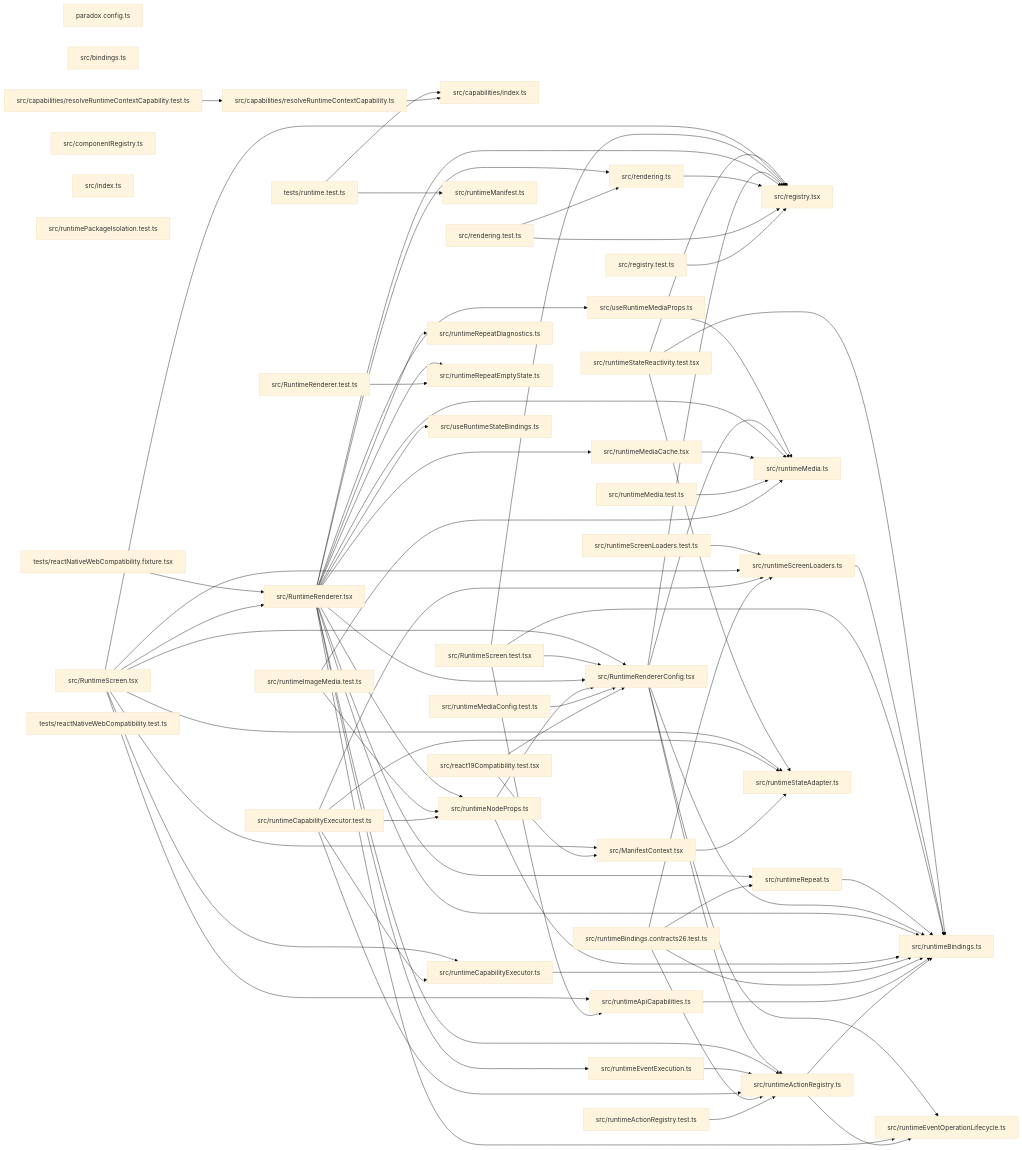
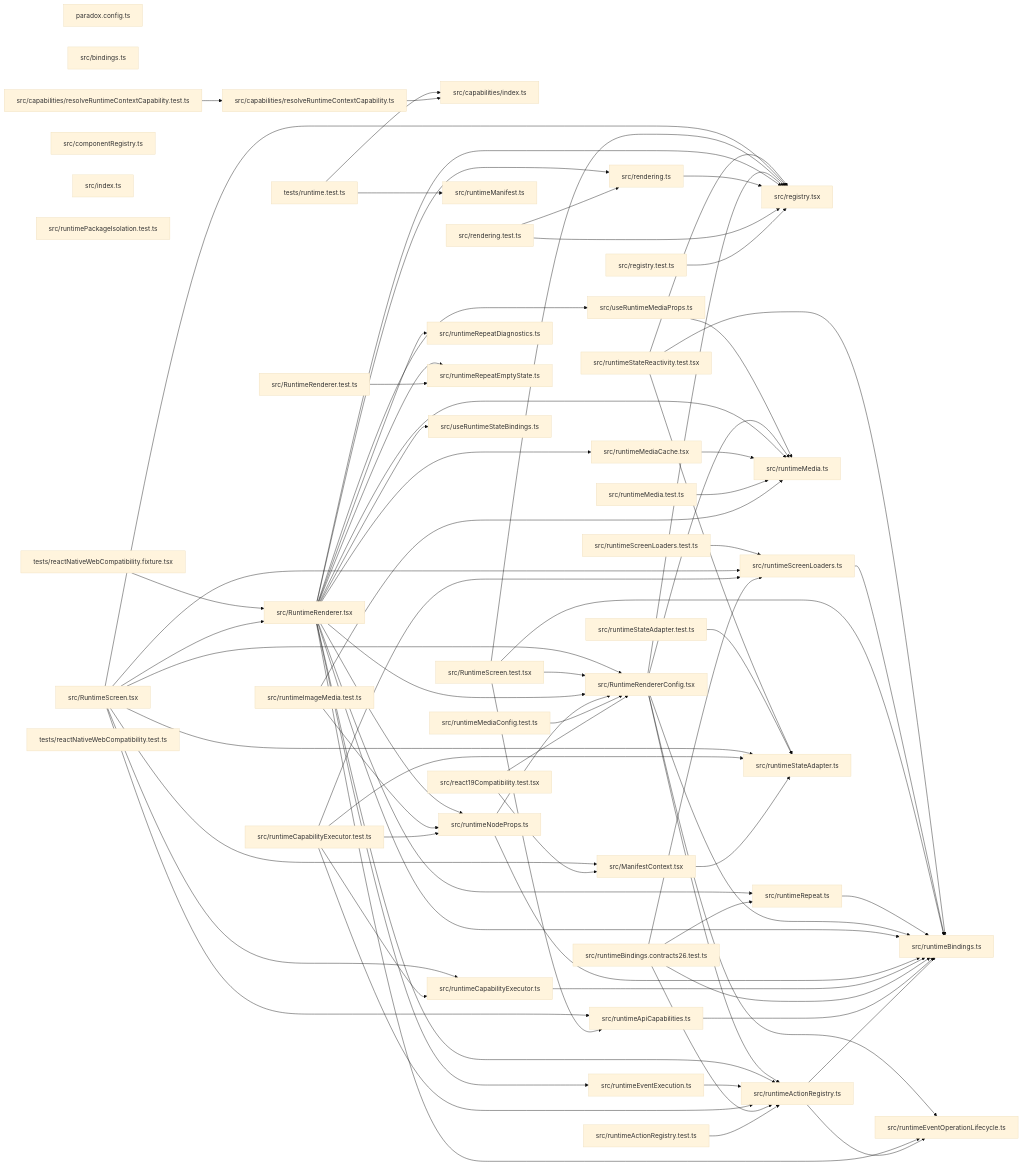
The diagram in paradox/diagrams/module-relationships.mmd (ankhorage/runtime), drawn with Mermaid (base theme) before and after one commit. The commit also changed 11 other files, not shown here.

```diff
--- a/paradox/diagrams/module-relationships.mmd
+++ b/paradox/diagrams/module-relationships.mmd
@@ -1,122 +1,124 @@
 graph LR
   module_paradox_config_ts["paradox.config.ts"]
   module_src_bindings_ts["src/bindings.ts"]
   module_src_capabilities_index_ts["src/capabilities/index.ts"]
   module_src_capabilities_resolveRuntimeContextCapability_test_ts["src/capabilities/resolveRuntimeContextCapability.test.ts"]
   module_src_capabilities_resolveRuntimeContextCapability_ts["src/capabilities/resolveRuntimeContextCapability.ts"]
   module_src_componentRegistry_ts["src/componentRegistry.ts"]
   module_src_index_ts["src/index.ts"]
   module_src_ManifestContext_tsx["src/ManifestContext.tsx"]
   module_src_react19Compatibility_test_tsx["src/react19Compatibility.test.tsx"]
   module_src_registry_test_ts["src/registry.test.ts"]
   module_src_registry_tsx["src/registry.tsx"]
   module_src_rendering_test_ts["src/rendering.test.ts"]
   module_src_rendering_ts["src/rendering.ts"]
   module_src_runtimeActionRegistry_test_ts["src/runtimeActionRegistry.test.ts"]
   module_src_runtimeActionRegistry_ts["src/runtimeActionRegistry.ts"]
   module_src_runtimeApiCapabilities_ts["src/runtimeApiCapabilities.ts"]
   module_src_runtimeBindings_contracts26_test_ts["src/runtimeBindings.contracts26.test.ts"]
   module_src_runtimeBindings_ts["src/runtimeBindings.ts"]
   module_src_runtimeCapabilityExecutor_test_ts["src/runtimeCapabilityExecutor.test.ts"]
   module_src_runtimeCapabilityExecutor_ts["src/runtimeCapabilityExecutor.ts"]
   module_src_runtimeEventExecution_ts["src/runtimeEventExecution.ts"]
   module_src_runtimeEventOperationLifecycle_ts["src/runtimeEventOperationLifecycle.ts"]
   module_src_runtimeImageMedia_test_ts["src/runtimeImageMedia.test.ts"]
   module_src_runtimeManifest_ts["src/runtimeManifest.ts"]
   module_src_runtimeMedia_test_ts["src/runtimeMedia.test.ts"]
   module_src_runtimeMedia_ts["src/runtimeMedia.ts"]
   module_src_runtimeMediaCache_tsx["src/runtimeMediaCache.tsx"]
   module_src_runtimeMediaConfig_test_ts["src/runtimeMediaConfig.test.ts"]
   module_src_runtimeNodeProps_ts["src/runtimeNodeProps.ts"]
   module_src_runtimePackageIsolation_test_ts["src/runtimePackageIsolation.test.ts"]
   module_src_RuntimeRenderer_test_ts["src/RuntimeRenderer.test.ts"]
   module_src_RuntimeRenderer_tsx["src/RuntimeRenderer.tsx"]
   module_src_RuntimeRendererConfig_tsx["src/RuntimeRendererConfig.tsx"]
   module_src_runtimeRepeat_ts["src/runtimeRepeat.ts"]
   module_src_runtimeRepeatDiagnostics_ts["src/runtimeRepeatDiagnostics.ts"]
   module_src_runtimeRepeatEmptyState_ts["src/runtimeRepeatEmptyState.ts"]
   module_src_RuntimeScreen_test_tsx["src/RuntimeScreen.test.tsx"]
   module_src_RuntimeScreen_tsx["src/RuntimeScreen.tsx"]
   module_src_runtimeScreenLoaders_test_ts["src/runtimeScreenLoaders.test.ts"]
   module_src_runtimeScreenLoaders_ts["src/runtimeScreenLoaders.ts"]
+  module_src_runtimeStateAdapter_test_ts["src/runtimeStateAdapter.test.ts"]
   module_src_runtimeStateAdapter_ts["src/runtimeStateAdapter.ts"]
   module_src_runtimeStateReactivity_test_tsx["src/runtimeStateReactivity.test.tsx"]
   module_src_useRuntimeMediaProps_ts["src/useRuntimeMediaProps.ts"]
   module_src_useRuntimeStateBindings_ts["src/useRuntimeStateBindings.ts"]
   module_tests_reactNativeWebCompatibility_fixture_tsx["tests/reactNativeWebCompatibility.fixture.tsx"]
   module_tests_reactNativeWebCompatibility_test_ts["tests/reactNativeWebCompatibility.test.ts"]
   module_tests_runtime_test_ts["tests/runtime.test.ts"]
   module_src_capabilities_resolveRuntimeContextCapability_test_ts --> module_src_capabilities_resolveRuntimeContextCapability_ts
   module_src_capabilities_resolveRuntimeContextCapability_ts --> module_src_capabilities_index_ts
   module_src_ManifestContext_tsx --> module_src_runtimeStateAdapter_ts
   module_src_react19Compatibility_test_tsx --> module_src_ManifestContext_tsx
   module_src_react19Compatibility_test_tsx --> module_src_RuntimeRendererConfig_tsx
   module_src_registry_test_ts --> module_src_registry_tsx
   module_src_rendering_test_ts --> module_src_registry_tsx
   module_src_rendering_test_ts --> module_src_rendering_ts
   module_src_rendering_ts --> module_src_registry_tsx
   module_src_runtimeActionRegistry_test_ts --> module_src_runtimeActionRegistry_ts
   module_src_runtimeActionRegistry_ts --> module_src_runtimeBindings_ts
   module_src_runtimeActionRegistry_ts --> module_src_runtimeEventOperationLifecycle_ts
   module_src_runtimeApiCapabilities_ts --> module_src_runtimeBindings_ts
   module_src_runtimeBindings_contracts26_test_ts --> module_src_runtimeActionRegistry_ts
   module_src_runtimeBindings_contracts26_test_ts --> module_src_runtimeBindings_ts
   module_src_runtimeBindings_contracts26_test_ts --> module_src_runtimeRepeat_ts
   module_src_runtimeBindings_contracts26_test_ts --> module_src_runtimeScreenLoaders_ts
   module_src_runtimeCapabilityExecutor_test_ts --> module_src_runtimeActionRegistry_ts
   module_src_runtimeCapabilityExecutor_test_ts --> module_src_runtimeCapabilityExecutor_ts
   module_src_runtimeCapabilityExecutor_test_ts --> module_src_runtimeNodeProps_ts
   module_src_runtimeCapabilityExecutor_test_ts --> module_src_runtimeScreenLoaders_ts
   module_src_runtimeCapabilityExecutor_test_ts --> module_src_runtimeStateAdapter_ts
   module_src_runtimeCapabilityExecutor_ts --> module_src_runtimeBindings_ts
   module_src_runtimeEventExecution_ts --> module_src_runtimeActionRegistry_ts
   module_src_runtimeImageMedia_test_ts --> module_src_runtimeMedia_ts
   module_src_runtimeImageMedia_test_ts --> module_src_runtimeNodeProps_ts
   module_src_runtimeMedia_test_ts --> module_src_runtimeMedia_ts
   module_src_runtimeMediaCache_tsx --> module_src_runtimeMedia_ts
   module_src_runtimeMediaConfig_test_ts --> module_src_RuntimeRendererConfig_tsx
   module_src_runtimeNodeProps_ts --> module_src_runtimeBindings_ts
   module_src_runtimeNodeProps_ts --> module_src_RuntimeRendererConfig_tsx
   module_src_RuntimeRenderer_test_ts --> module_src_runtimeRepeatEmptyState_ts
   module_src_RuntimeRenderer_tsx --> module_src_registry_tsx
   module_src_RuntimeRenderer_tsx --> module_src_rendering_ts
   module_src_RuntimeRenderer_tsx --> module_src_runtimeActionRegistry_ts
   module_src_RuntimeRenderer_tsx --> module_src_runtimeBindings_ts
   module_src_RuntimeRenderer_tsx --> module_src_runtimeEventExecution_ts
   module_src_RuntimeRenderer_tsx --> module_src_runtimeEventOperationLifecycle_ts
   module_src_RuntimeRenderer_tsx --> module_src_runtimeMedia_ts
   module_src_RuntimeRenderer_tsx --> module_src_runtimeMediaCache_tsx
   module_src_RuntimeRenderer_tsx --> module_src_runtimeNodeProps_ts
   module_src_RuntimeRenderer_tsx --> module_src_RuntimeRendererConfig_tsx
   module_src_RuntimeRenderer_tsx --> module_src_runtimeRepeat_ts
   module_src_RuntimeRenderer_tsx --> module_src_runtimeRepeatDiagnostics_ts
   module_src_RuntimeRenderer_tsx --> module_src_runtimeRepeatEmptyState_ts
   module_src_RuntimeRenderer_tsx --> module_src_useRuntimeMediaProps_ts
   module_src_RuntimeRenderer_tsx --> module_src_useRuntimeStateBindings_ts
   module_src_RuntimeRendererConfig_tsx --> module_src_registry_tsx
   module_src_RuntimeRendererConfig_tsx --> module_src_runtimeActionRegistry_ts
   module_src_RuntimeRendererConfig_tsx --> module_src_runtimeBindings_ts
   module_src_RuntimeRendererConfig_tsx --> module_src_runtimeEventOperationLifecycle_ts
   module_src_RuntimeRendererConfig_tsx --> module_src_runtimeMedia_ts
   module_src_runtimeRepeat_ts --> module_src_runtimeBindings_ts
   module_src_RuntimeScreen_test_tsx --> module_src_registry_tsx
   module_src_RuntimeScreen_test_tsx --> module_src_runtimeApiCapabilities_ts
   module_src_RuntimeScreen_test_tsx --> module_src_runtimeBindings_ts
   module_src_RuntimeScreen_test_tsx --> module_src_RuntimeRendererConfig_tsx
   module_src_RuntimeScreen_tsx --> module_src_ManifestContext_tsx
   module_src_RuntimeScreen_tsx --> module_src_registry_tsx
   module_src_RuntimeScreen_tsx --> module_src_runtimeApiCapabilities_ts
   module_src_RuntimeScreen_tsx --> module_src_runtimeCapabilityExecutor_ts
   module_src_RuntimeScreen_tsx --> module_src_RuntimeRenderer_tsx
   module_src_RuntimeScreen_tsx --> module_src_RuntimeRendererConfig_tsx
   module_src_RuntimeScreen_tsx --> module_src_runtimeScreenLoaders_ts
   module_src_RuntimeScreen_tsx --> module_src_runtimeStateAdapter_ts
   module_src_runtimeScreenLoaders_test_ts --> module_src_runtimeScreenLoaders_ts
   module_src_runtimeScreenLoaders_ts --> module_src_runtimeBindings_ts
+  module_src_runtimeStateAdapter_test_ts --> module_src_runtimeStateAdapter_ts
   module_src_runtimeStateReactivity_test_tsx --> module_src_registry_tsx
   module_src_runtimeStateReactivity_test_tsx --> module_src_runtimeBindings_ts
   module_src_runtimeStateReactivity_test_tsx --> module_src_runtimeStateAdapter_ts
   module_src_useRuntimeMediaProps_ts --> module_src_runtimeMedia_ts
   module_tests_reactNativeWebCompatibility_fixture_tsx --> module_src_RuntimeRenderer_tsx
   module_tests_runtime_test_ts --> module_src_capabilities_index_ts
   module_tests_runtime_test_ts --> module_src_runtimeManifest_ts
```
